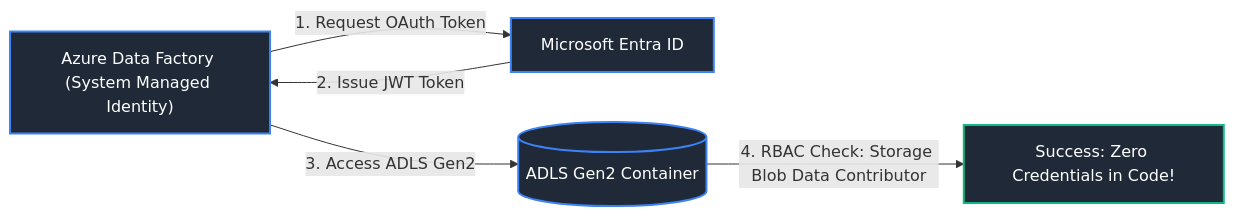
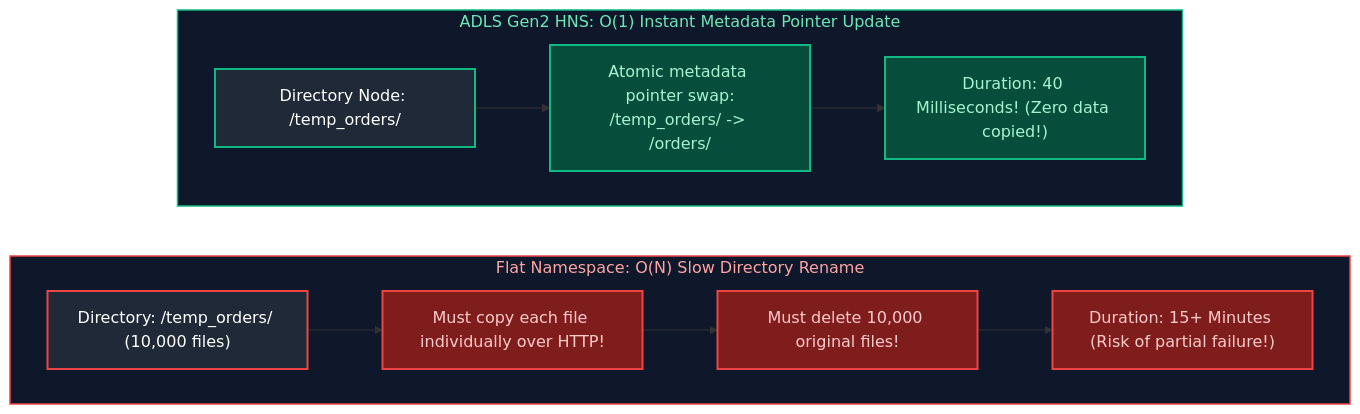
Before and after one commit to joydeep-biswas/Interview-Preparation: the fourth of 10 diagrams in Data Engineering/13_azure_data_engineering_and_devops.md, drawn with Mermaid. The commit also changed other lines of this file and 143 other files, not shown here.

````diff
--- a/Data Engineering/13_azure_data_engineering_and_devops.md
+++ b/Data Engineering/13_azure_data_engineering_and_devops.md
@@ -497,12 +465,25 @@
 ```mermaid
 flowchart LR
-    ADF["Azure Data Factory (System Managed Identity)"] -->|1. Request OAuth Token| Entra["Microsoft Entra ID"]
-    Entra -->|2. Issue JWT Token| ADF
-    ADF -->|3. Access ADLS Gen2| ADLS[("ADLS Gen2 Container")]
-    ADLS -->|4. RBAC Check: Storage Blob Data Contributor| OK["Success: Zero Credentials in Code!"]
+    subgraph FlatBlob ["Flat Namespace: O(N) Slow Directory Rename"]
+        direction LR
+        D1["Directory: /temp_orders/ (10,000 files)"] --> Copy["Must copy each file individually over HTTP!"]
+        Copy --> Delete["Must delete 10,000 original files!"]
+        Delete --> Result1["Duration: 15+ Minutes (Risk of partial failure!)"]
+    end
 
-    style ADF fill:#1f2937,stroke:#3b82f6,stroke-width:2px,color:#fff
-    style Entra fill:#1f2937,stroke:#3b82f6,stroke-width:2px,color:#fff
-    style ADLS fill:#1f2937,stroke:#3b82f6,stroke-width:2px,color:#fff
-    style OK fill:#1f2937,stroke:#10b981,stroke-width:2px,color:#fff
+    subgraph HNS_ADLS ["ADLS Gen2 HNS: O(1) Instant Metadata Pointer Update"]
+        direction LR
+        D2["Directory Node: /temp_orders/"] --> Pointer["Atomic metadata pointer swap:<br/>/temp_orders/ -> /orders/"]
+        Pointer --> Result2["Duration: 40 Milliseconds! (Zero data copied!)"]
+    end
+
+    style FlatBlob fill:#0f172a,stroke:#ef4444,stroke-width:1.5px,color:#fca5a5
+    style HNS_ADLS fill:#0f172a,stroke:#10b981,stroke-width:1.5px,color:#6ee7b7
+    style D1 fill:#1f2937,stroke:#ef4444,stroke-width:2px,color:#fff
+    style Copy fill:#7f1d1d,stroke:#ef4444,stroke-width:2px,color:#fecaca
+    style Delete fill:#7f1d1d,stroke:#ef4444,stroke-width:2px,color:#fecaca
+    style Result1 fill:#7f1d1d,stroke:#ef4444,stroke-width:2px,color:#fecaca
+    style D2 fill:#1f2937,stroke:#10b981,stroke-width:2px,color:#fff
+    style Pointer fill:#064e3b,stroke:#10b981,stroke-width:2px,color:#a7f3d0
+    style Result2 fill:#064e3b,stroke:#10b981,stroke-width:2px,color:#a7f3d0
 ```
````
